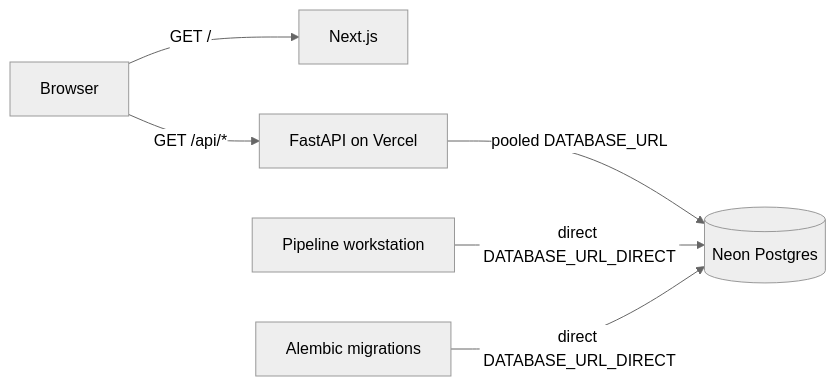
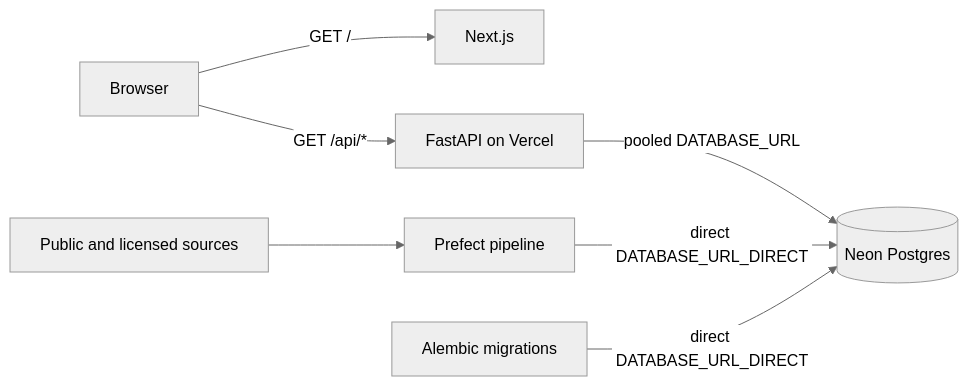
Before and after one commit to dwkaminsky/parcel-panda: the diagram in README.md, drawn with Mermaid (neutral theme). The commit also changed other lines of this file and 40 other files, not shown here.

````diff
--- a/README.md
+++ b/README.md
@@ -12,8 +12,9 @@
 ```mermaid
 flowchart LR
     Browser[Browser] -->|GET /| Next[Next.js]
     Browser -->|GET /api/*| API[FastAPI on Vercel]
     API -->|pooled DATABASE_URL| Neon[(Neon Postgres)]
-    PC[Pipeline workstation] -->|direct DATABASE_URL_DIRECT| Neon
+    Sources[Public and licensed sources] --> Prefect[Prefect pipeline]
+    Prefect -->|direct DATABASE_URL_DIRECT| Neon
     Alembic[Alembic migrations] -->|direct DATABASE_URL_DIRECT| Neon
 ```
````
